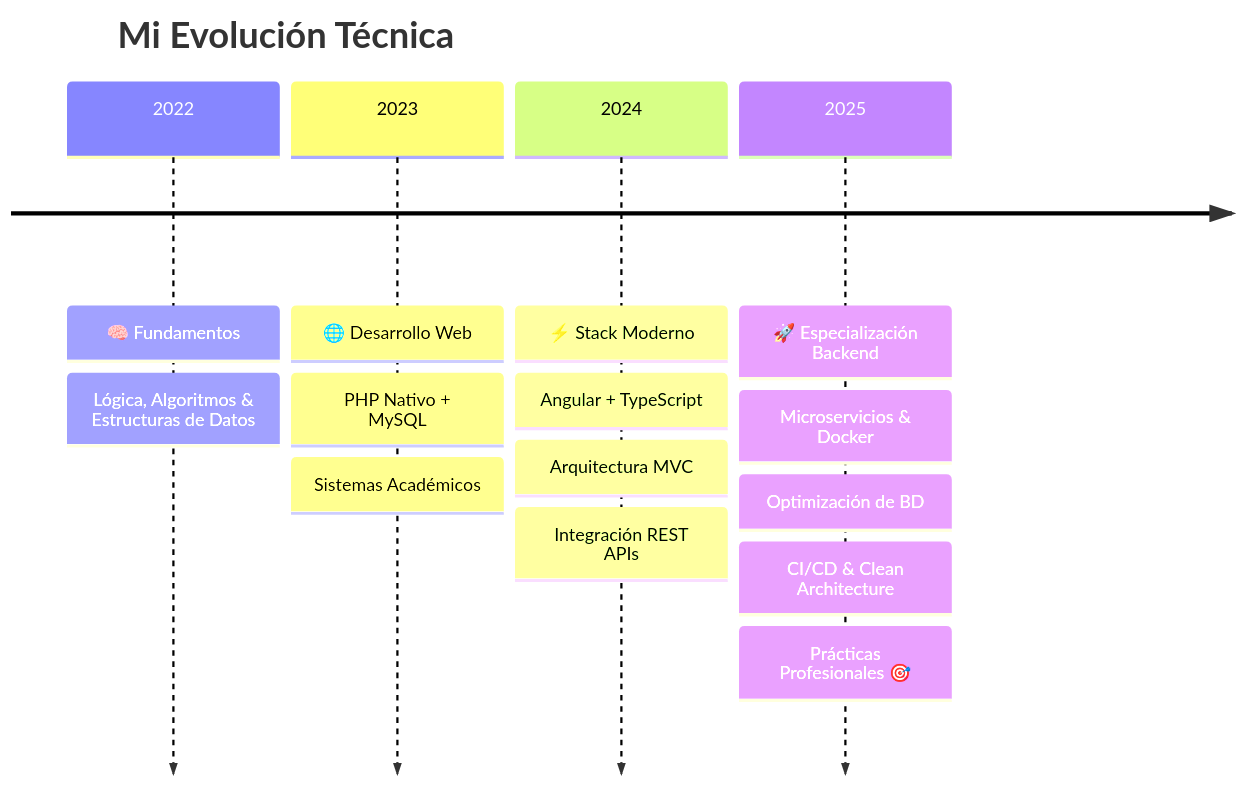
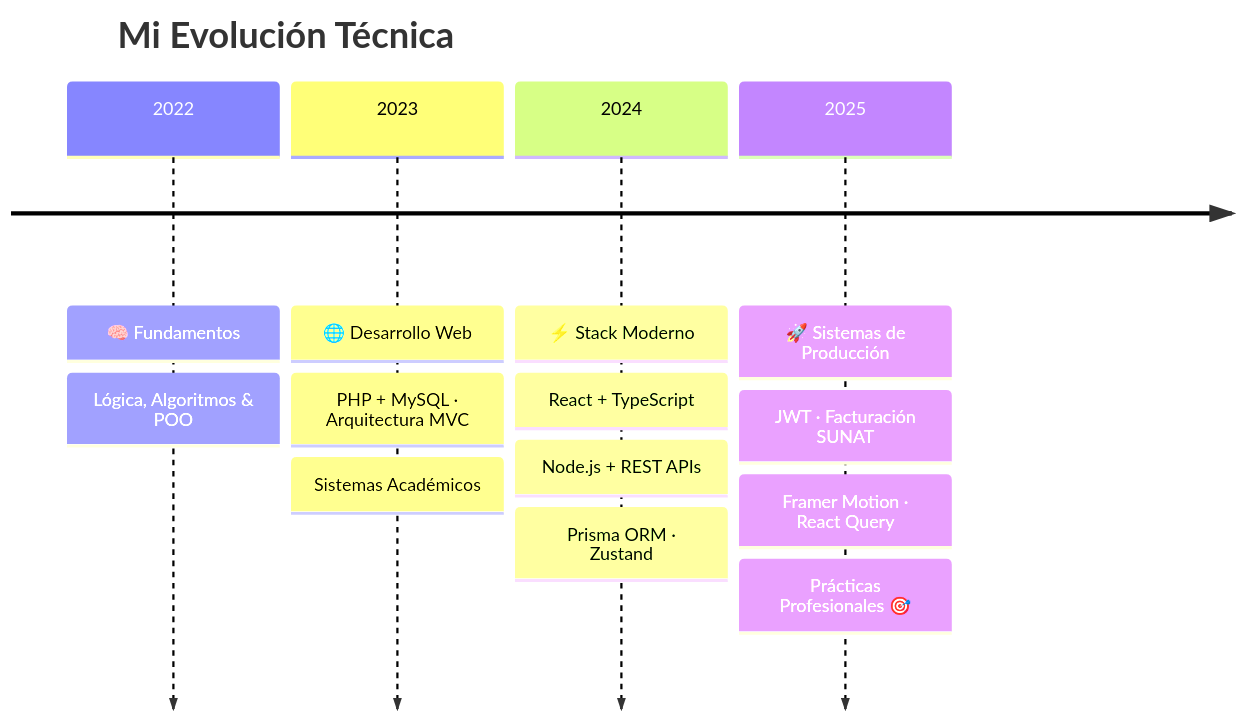
One commit to Brightsided/Brightsided changed the diagram in README.md. Above: the diagram before and after it, drawn with Mermaid. The commit also changed other lines of this file, not shown here.

````diff
--- a/README.md
+++ b/README.md
@@ -133,18 +149,17 @@
 ```mermaid
 timeline
     title Mi Evolución Técnica
     2022 : 🧠 Fundamentos
-         : Lógica, Algoritmos & Estructuras de Datos
+         : Lógica, Algoritmos & POO
     2023 : 🌐 Desarrollo Web
-         : PHP Nativo + MySQL
+         : PHP + MySQL · Arquitectura MVC
          : Sistemas Académicos
     2024 : ⚡ Stack Moderno
-         : Angular + TypeScript
-         : Arquitectura MVC
-         : Integración REST APIs
-    2025 : 🚀 Especialización Backend
-         : Microservicios & Docker
-         : Optimización de BD
-         : CI/CD & Clean Architecture
+         : React + TypeScript
+         : Node.js + REST APIs
+         : Prisma ORM · Zustand
+    2025 : 🚀 Sistemas de Producción
+         : JWT · Facturación SUNAT
+         : Framer Motion · React Query
          : Prácticas Profesionales 🎯
 ```
````
